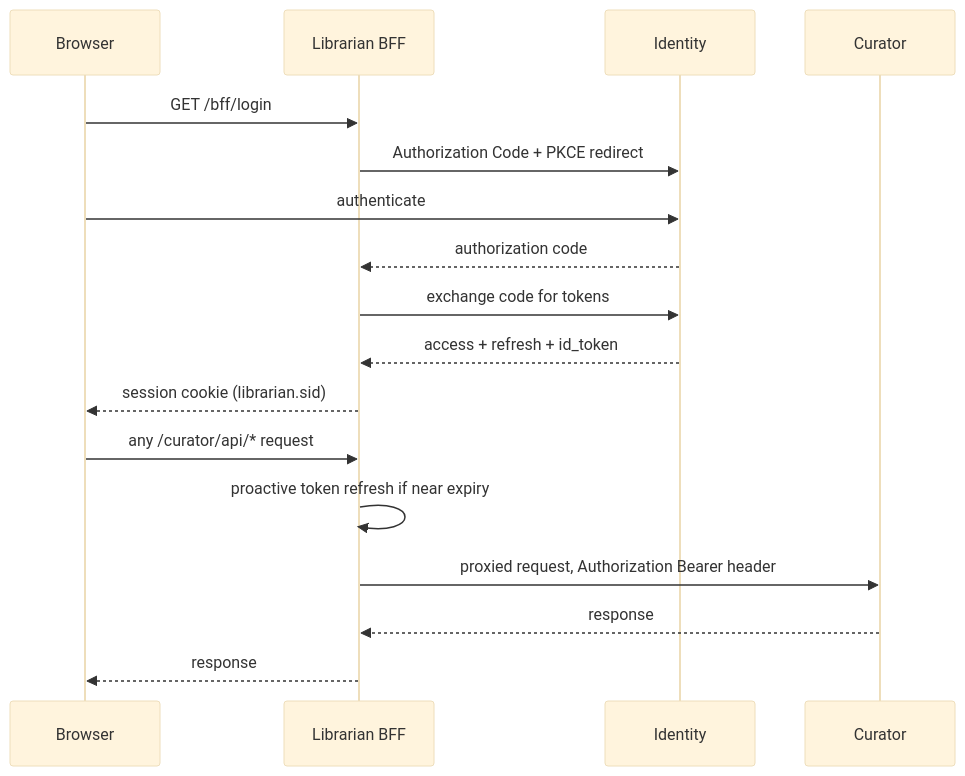
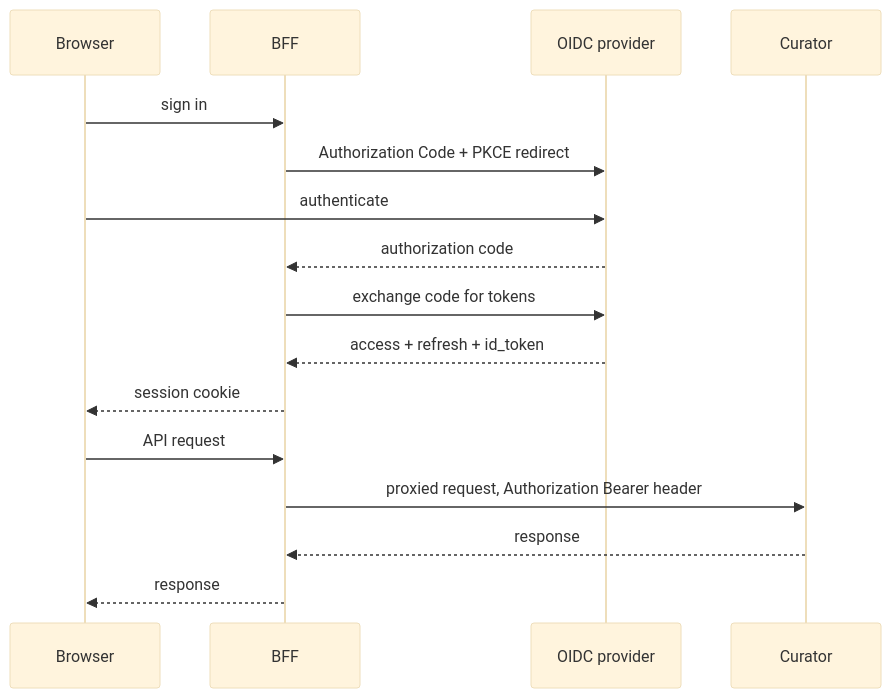
The second of 6 diagrams in ARCHITECTURE.md (crgolden/Curator), drawn with Mermaid (base theme) before and after one commit. The commit also changed other lines of this file and 4 other files, not shown here.

````diff
--- a/ARCHITECTURE.md
+++ b/ARCHITECTURE.md
@@ -48,21 +49,20 @@
 ```mermaid
 sequenceDiagram
     participant Browser
-    participant Librarian as Librarian BFF
-    participant Identity
+    participant BFF
+    participant OIDC as OIDC provider
     participant Curator
 
-    Browser->>Librarian: GET /bff/login
-    Librarian->>Identity: Authorization Code + PKCE redirect
-    Browser->>Identity: authenticate
-    Identity-->>Librarian: authorization code
-    Librarian->>Identity: exchange code for tokens
-    Identity-->>Librarian: access + refresh + id_token
-    Librarian-->>Browser: session cookie (librarian.sid)
+    Browser->>BFF: sign in
+    BFF->>OIDC: Authorization Code + PKCE redirect
+    Browser->>OIDC: authenticate
+    OIDC-->>BFF: authorization code
+    BFF->>OIDC: exchange code for tokens
+    OIDC-->>BFF: access + refresh + id_token
+    BFF-->>Browser: session cookie
 
-    Browser->>Librarian: any /curator/api/* request
-    Librarian->>Librarian: proactive token refresh if near expiry
-    Librarian->>Curator: proxied request, Authorization Bearer header
-    Curator-->>Librarian: response
-    Librarian-->>Browser: response
+    Browser->>BFF: API request
+    BFF->>Curator: proxied request, Authorization Bearer header
+    Curator-->>BFF: response
+    BFF-->>Browser: response
 ```
````
